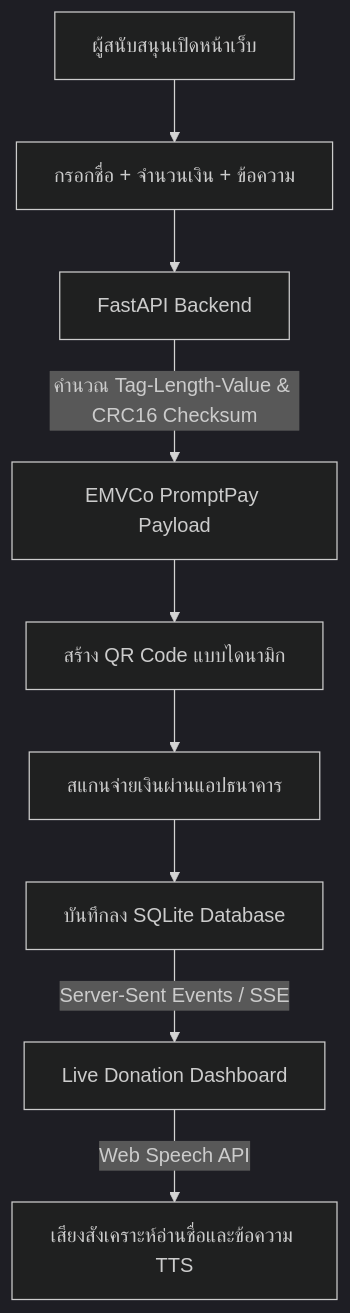
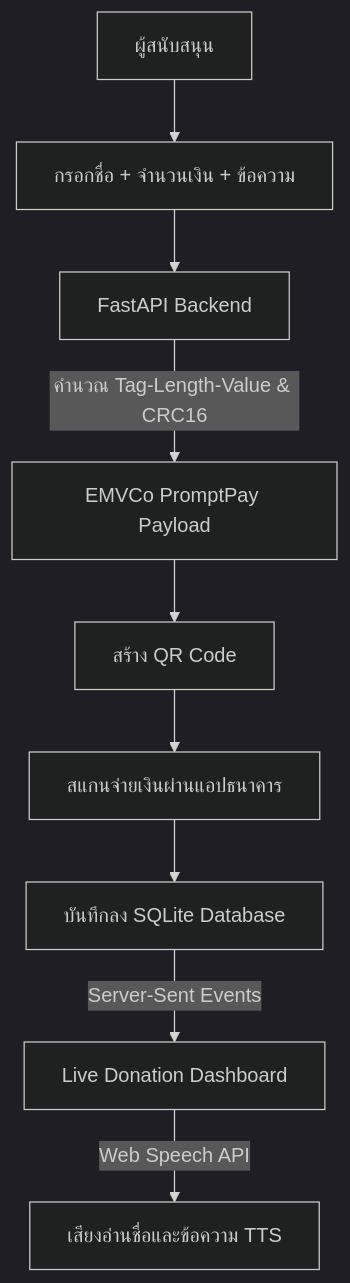
The third of 9 diagrams in README.md (FANG9356/MyProject), drawn with Mermaid (dark theme) before and after one commit. The commit also changed other lines of this file and 1 other file, not shown here.

````diff
--- a/README.md
+++ b/README.md
@@ -157,11 +137,11 @@
 ```mermaid
 flowchart TD
- A[ผู้สนับสนุนเปิดหน้าเว็บ] --> B[กรอกชื่อ + จำนวนเงิน + ข้อความ]
- B --> C[FastAPI Backend]
- C -->|คำนวณ Tag-Length-Value & CRC16 Checksum| D[EMVCo PromptPay Payload]
- D --> E[สร้าง QR Code แบบไดนามิก]
- E --> F[สแกนจ่ายเงินผ่านแอปธนาคาร]
- F --> G[บันทึกลง SQLite Database]
- G -->|Server-Sent Events / SSE| H[Live Donation Dashboard]
- H -->|Web Speech API| I[เสียงสังเคราะห์อ่านชื่อและข้อความ TTS]
+  A[ผู้สนับสนุน] --> B[กรอกชื่อ + จำนวนเงิน + ข้อความ]
+  B --> C[FastAPI Backend]
+  C -->|คำนวณ Tag-Length-Value & CRC16| D[EMVCo PromptPay Payload]
+  D --> E[สร้าง QR Code]
+  E --> F[สแกนจ่ายเงินผ่านแอปธนาคาร]
+  F --> G[บันทึกลง SQLite Database]
+  G -->|Server-Sent Events| H[Live Donation Dashboard]
+  H -->|Web Speech API| I[เสียงอ่านชื่อและข้อความ TTS]
 ```
````
